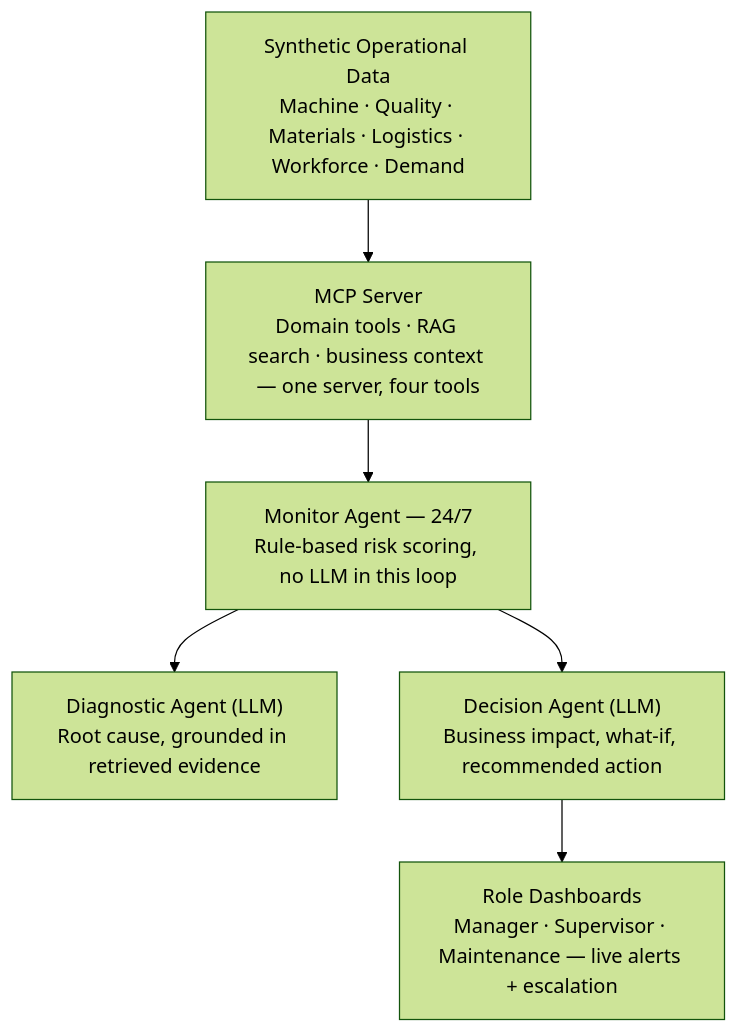
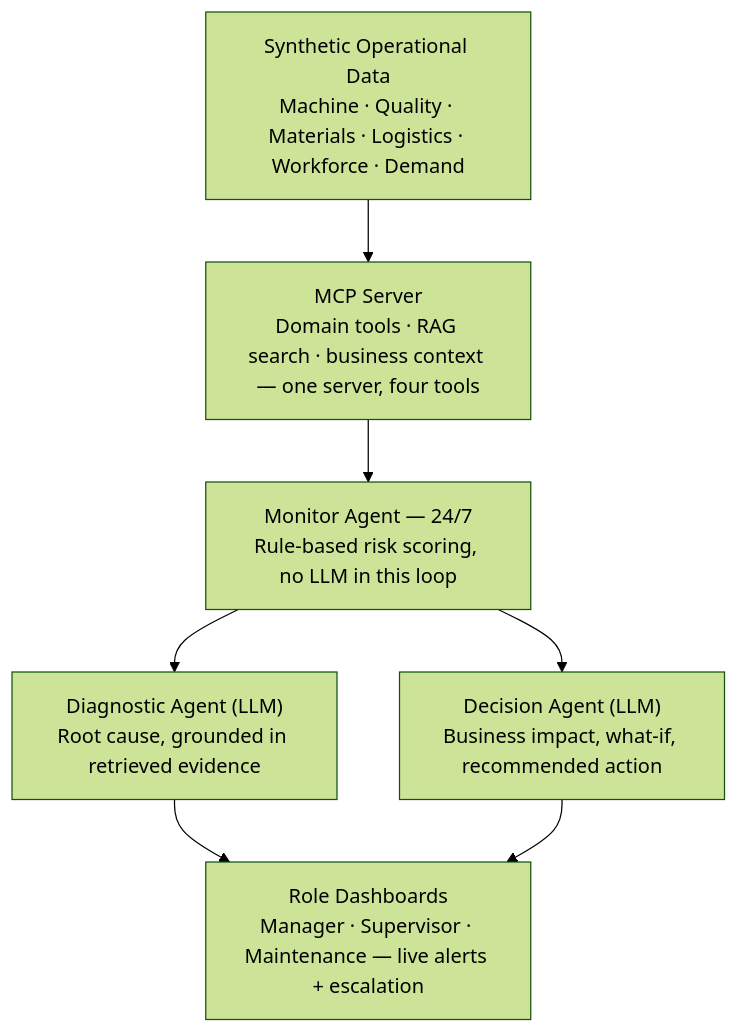
One commit to Sreesatvik/Relix changed the diagram in README.md. Above: the diagram before and after it, drawn with Mermaid (forest theme).

Commit message:
Add edge from C to F in the diagram

````diff
--- a/README.md
+++ b/README.md
@@ -57,15 +57,16 @@
 ```mermaid
 flowchart TB
     A["Synthetic Operational Data\nMachine · Quality · Materials · Logistics · Workforce · Demand"]
     B["Monitor Agent — 24/7\nRule-based risk scoring, no LLM in this loop"]
     C["Diagnostic Agent (LLM)\nRoot cause, grounded in retrieved evidence"]
     D["Decision Agent (LLM)\nBusiness impact, what-if, recommended action"]
     E["MCP Server\nDomain tools · RAG search · business context — one server, four tools"]
     F["Role Dashboards\nManager · Supervisor · Maintenance — live alerts + escalation"]
 
     A --> E
     E --> B
     B --> C
     B --> D
+    C --> F
     D --> F
 ```
````
